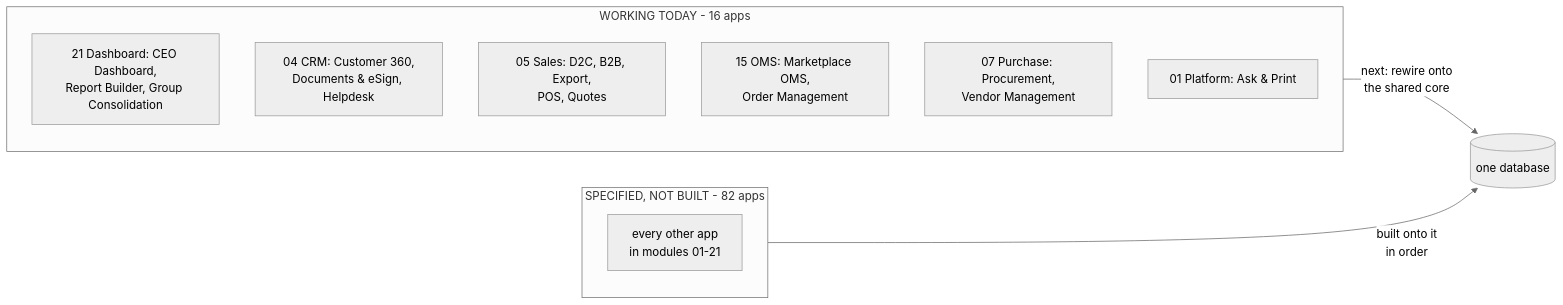
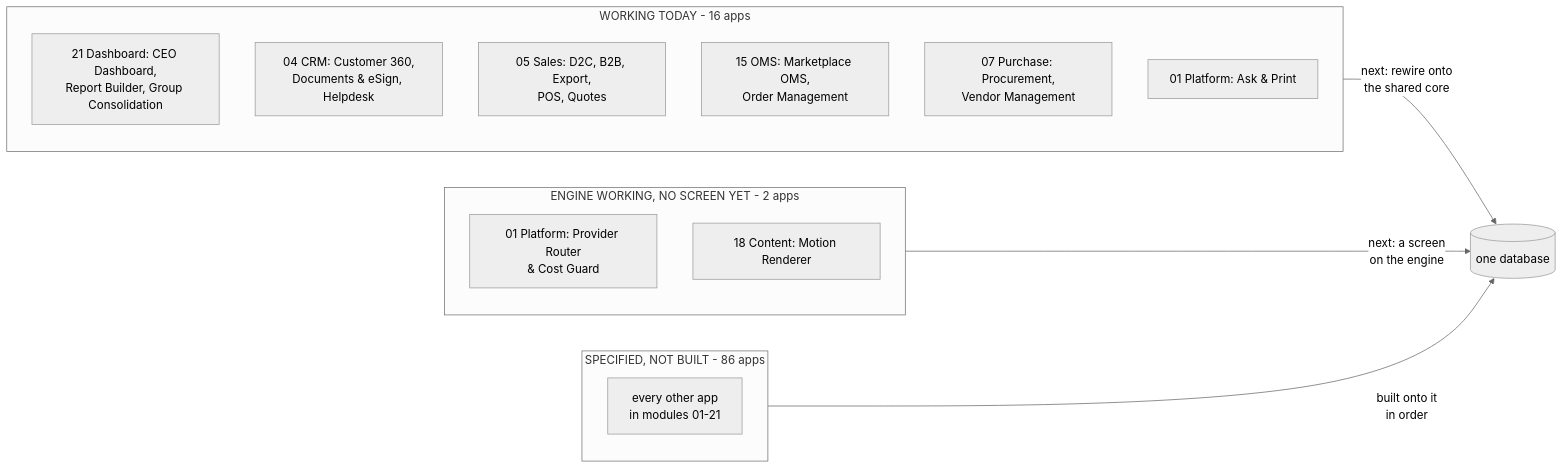
Diagram 14 of 37 in Vastrangam_BOS_Final.md (vastrangam/AI_Content_Engine), drawn with Mermaid (neutral theme) before and after one commit. The commit also changed other lines of this file and 18 other files, not shown here.

````diff
--- a/Vastrangam_BOS_Final.md
+++ b/Vastrangam_BOS_Final.md
@@ -1134,16 +1154,21 @@
 ```mermaid
 flowchart LR
   subgraph BUILT["WORKING TODAY - 16 apps"]
     B1["21 Dashboard: CEO Dashboard,<br/>Report Builder, Group Consolidation"]
     B2["04 CRM: Customer 360,<br/>Documents & eSign, Helpdesk"]
     B3["05 Sales: D2C, B2B, Export,<br/>POS, Quotes"]
     B4["15 OMS: Marketplace OMS,<br/>Order Management"]
     B5["07 Purchase: Procurement,<br/>Vendor Management"]
     B6["01 Platform: Ask & Print"]
   end
-  subgraph SPEC["SPECIFIED, NOT BUILT - 82 apps"]
+  subgraph ENG["ENGINE WORKING, NO SCREEN YET - 2 apps"]
+    E1["01 Platform: Provider Router<br/>& Cost Guard"]
+    E2["18 Content: Motion Renderer"]
+  end
+  subgraph SPEC["SPECIFIED, NOT BUILT - 86 apps"]
     S1["every other app<br/>in modules 01-21"]
   end
   BUILT -->|"next: rewire onto<br/>the shared core"| CORE[("one database")]
+  ENG -->|"next: a screen<br/>on the engine"| CORE
   SPEC -->|"built onto it<br/>in order"| CORE
 ```
````
